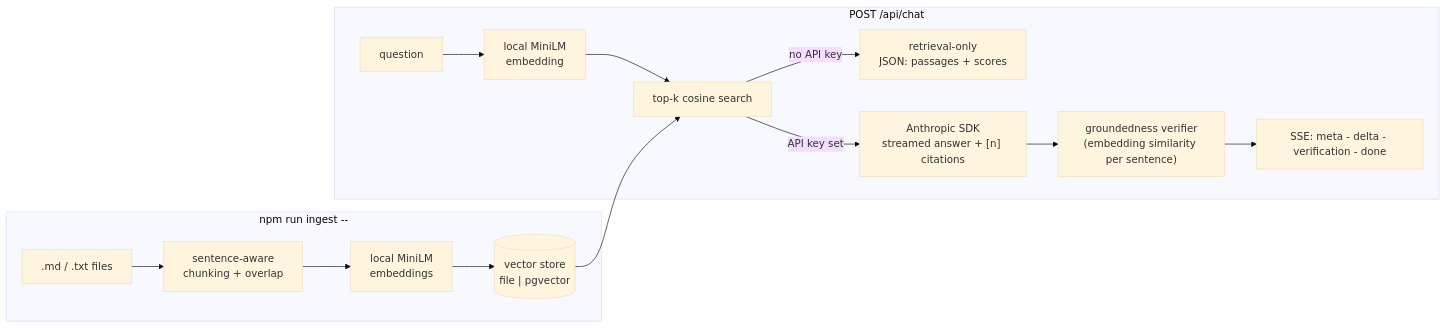
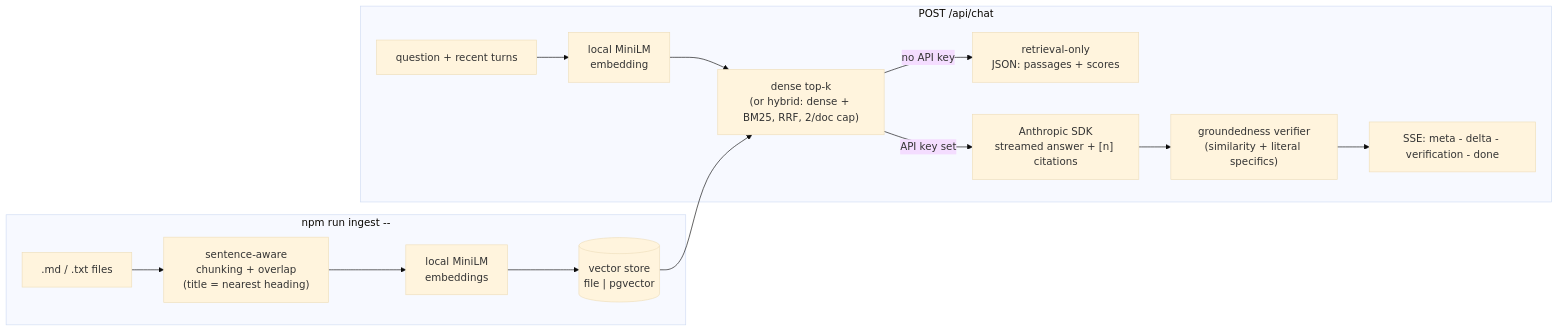
The diagram in README.md (ssh071102-code/grounded-chat), drawn with Mermaid (base theme) before and after one commit. The commit also changed other lines of this file, not shown here.

Commit message:
docs: align README with the code (dense default, hybrid mode, follow-ups), add CI badge and test count

````diff
--- a/README.md
+++ b/README.md
@@ -58,18 +61,18 @@
 ```mermaid
 flowchart LR
   subgraph ingest["npm run ingest -- <dir>"]
-    docs[".md / .txt files"] --> chunk["sentence-aware\nchunking + overlap"]
+    docs[".md / .txt files"] --> chunk["sentence-aware\nchunking + overlap\n(title = nearest heading)"]
     chunk --> emb1["local MiniLM\nembeddings"]
     emb1 --> store[("vector store\nfile | pgvector")]
   end
 
   subgraph query["POST /api/chat"]
-    q["question"] --> emb2["local MiniLM\nembedding"]
-    emb2 --> knn["top-k cosine search"]
+    q["question + recent turns"] --> emb2["local MiniLM\nembedding"]
+    emb2 --> knn["dense top-k\n(or hybrid: dense + BM25, RRF, 2/doc cap)"]
     store --> knn
     knn -->|"no API key"| ro["retrieval-only\nJSON: passages + scores"]
     knn -->|"API key set"| gen["Anthropic SDK\nstreamed answer + [n] citations"]
-    gen --> verify["groundedness verifier\n(embedding similarity per sentence)"]
+    gen --> verify["groundedness verifier\n(similarity + literal specifics)"]
     verify --> sse["SSE: meta - delta - verification - done"]
   end
 ```
````
